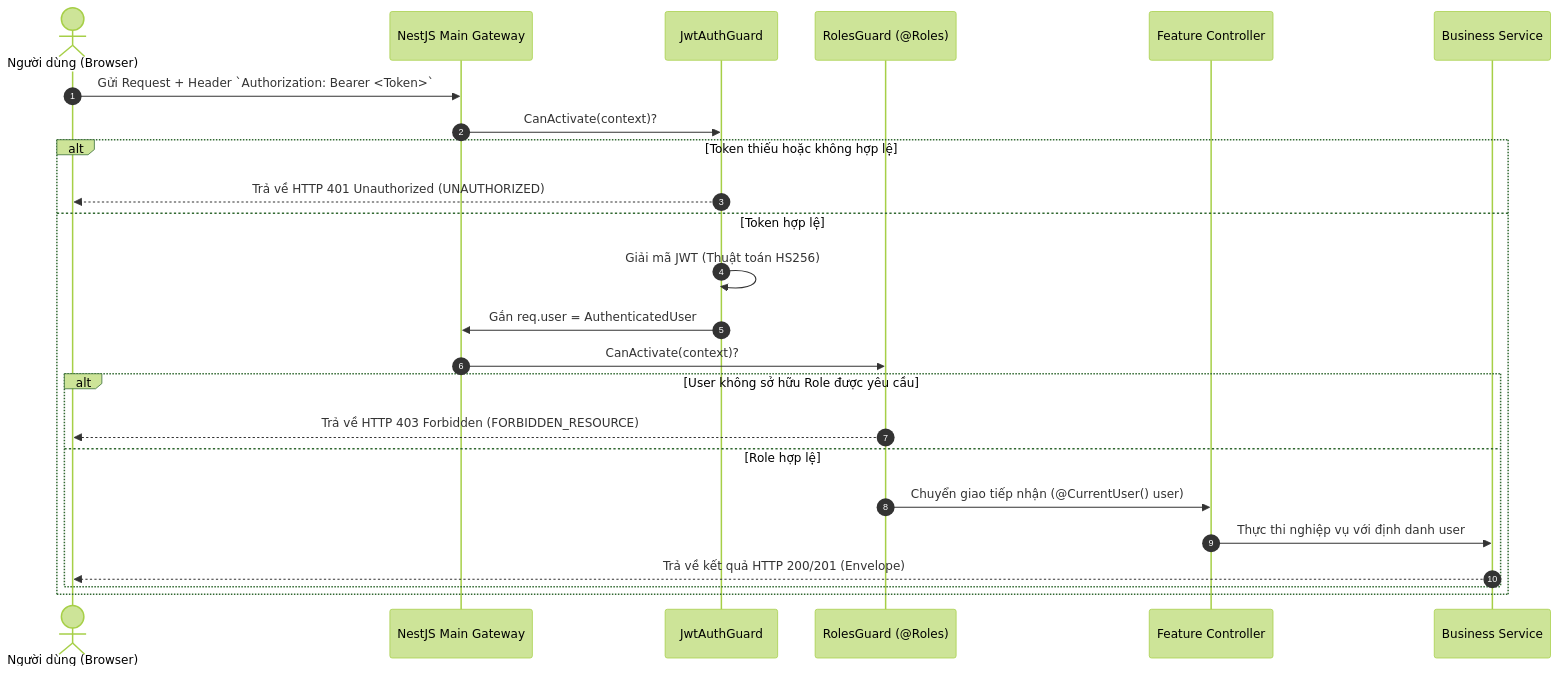
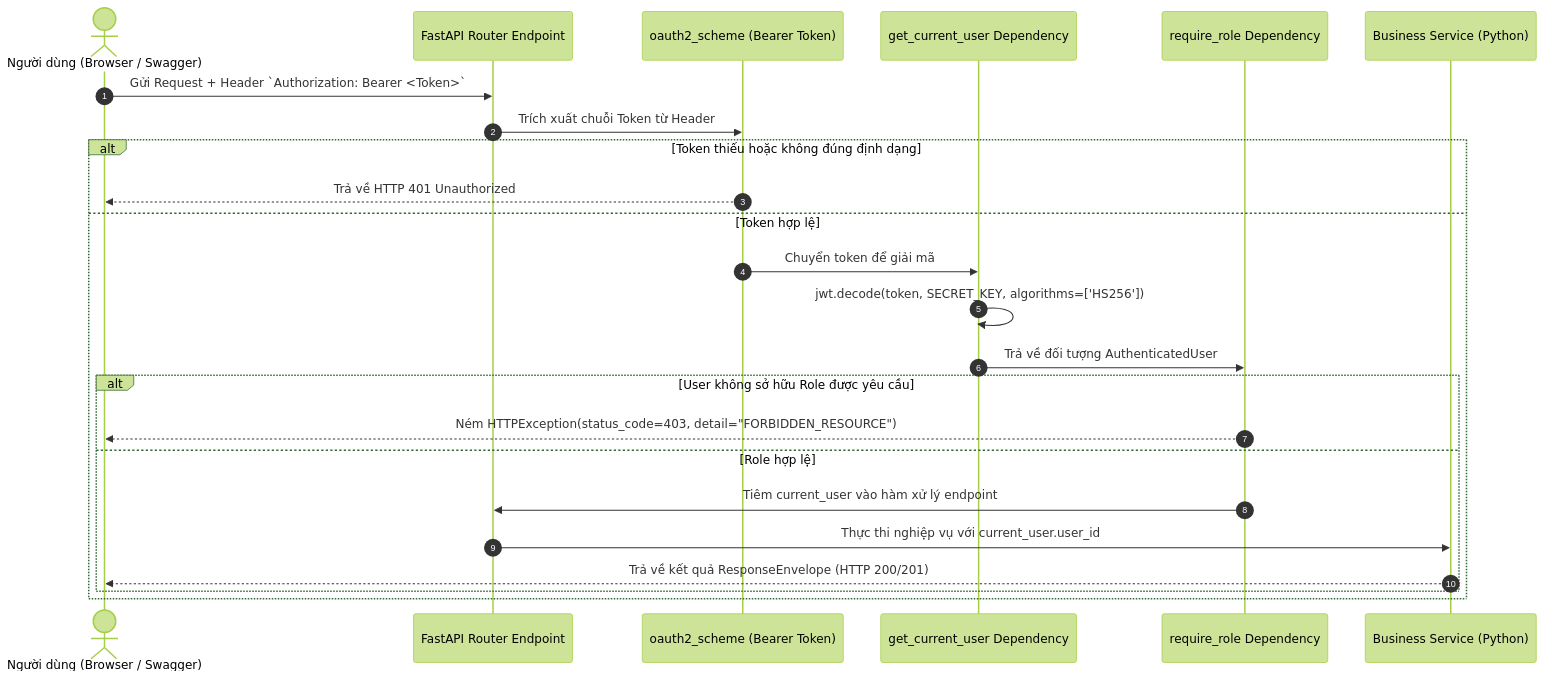
The fourth of 4 diagrams in docs/PRE_CODING_BASELINE.md (Viet-Tung/bluemoon-management-system), drawn with Mermaid (forest theme) before and after one commit. The commit also changed other lines of this file, not shown here.

Commit message:
docs(architecture): chuyen doi ma tran cong nghe sang python fastapi than thien sinh vien

````diff
--- a/docs/PRE_CODING_BASELINE.md
+++ b/docs/PRE_CODING_BASELINE.md
@@ -634,27 +642,27 @@
 ```mermaid
 sequenceDiagram
     autonumber
-    actor User as Người dùng (Browser)
-    participant Gateway as NestJS Main Gateway
-    participant JwtGuard as JwtAuthGuard
-    participant RolesGuard as RolesGuard (@Roles)
-    participant Controller as Feature Controller
-    participant Service as Business Service
+    actor User as Người dùng (Browser / Swagger)
+    participant FastAPI as FastAPI Router Endpoint
+    participant DepToken as oauth2_scheme (Bearer Token)
+    participant DepAuth as get_current_user Dependency
+    participant DepRole as require_role Dependency
+    participant Service as Business Service (Python)
 
-    User->>Gateway: Gửi Request + Header `Authorization: Bearer <Token>`
-    Gateway->>JwtGuard: CanActivate(context)?
-    alt Token thiếu hoặc không hợp lệ
-        JwtGuard-->>User: Trả về HTTP 401 Unauthorized (UNAUTHORIZED)
+    User->>FastAPI: Gửi Request + Header `Authorization: Bearer <Token>`
+    FastAPI->>DepToken: Trích xuất chuỗi Token từ Header
+    alt Token thiếu hoặc không đúng định dạng
+        DepToken-->>User: Trả về HTTP 401 Unauthorized
     else Token hợp lệ
-        JwtGuard->>JwtGuard: Giải mã JWT (Thuật toán HS256)
-        JwtGuard->>Gateway: Gắn req.user = AuthenticatedUser
-        Gateway->>RolesGuard: CanActivate(context)?
+        DepToken->>DepAuth: Chuyển token để giải mã
+        DepAuth->>DepAuth: jwt.decode(token, SECRET_KEY, algorithms=['HS256'])
+        DepAuth->>DepRole: Trả về đối tượng AuthenticatedUser
         alt User không sở hữu Role được yêu cầu
-            RolesGuard-->>User: Trả về HTTP 403 Forbidden (FORBIDDEN_RESOURCE)
+            DepRole-->>User: Ném HTTPException(status_code=403, detail="FORBIDDEN_RESOURCE")
         else Role hợp lệ
-            RolesGuard->>Controller: Chuyển giao tiếp nhận (@CurrentUser() user)
-            Controller->>Service: Thực thi nghiệp vụ với định danh user
-            Service-->>User: Trả về kết quả HTTP 200/201 (Envelope)
+            DepRole->>FastAPI: Tiêm current_user vào hàm xử lý endpoint
+            FastAPI->>Service: Thực thi nghiệp vụ với current_user.user_id
+            Service-->>User: Trả về kết quả ResponseEnvelope (HTTP 200/201)
         end
     end
 ```
````
